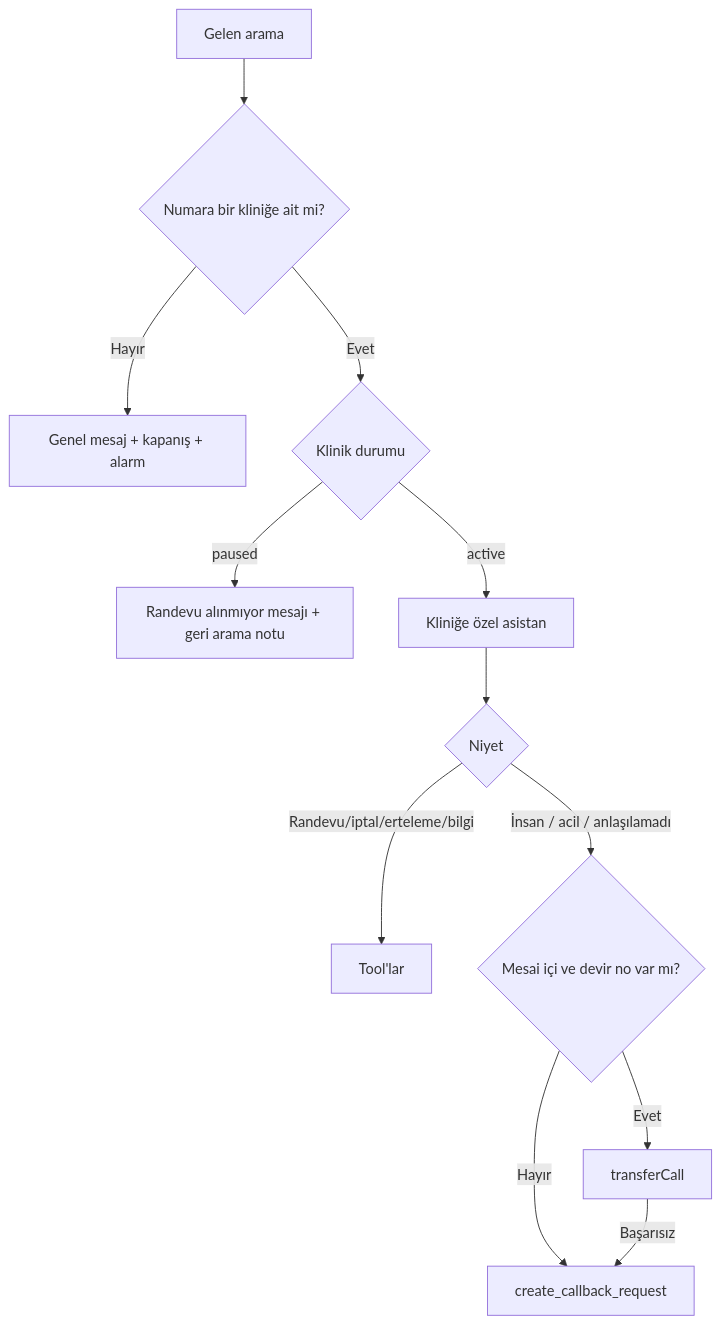
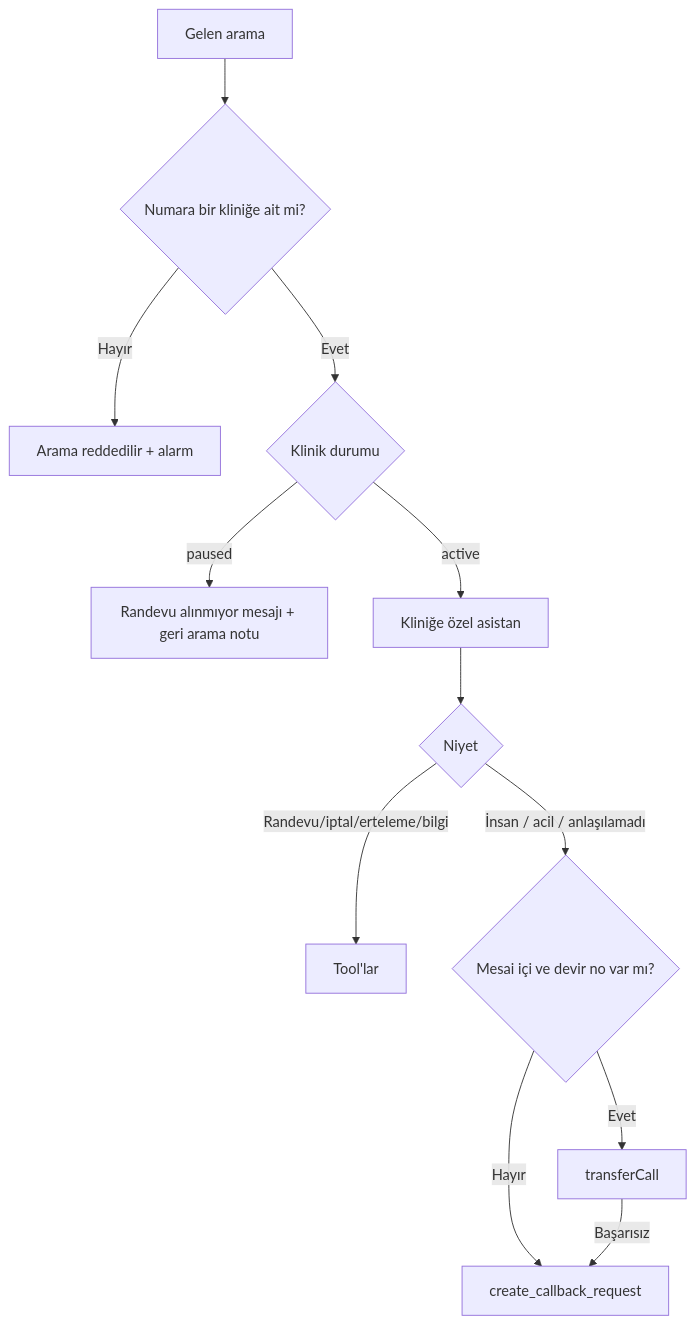
Before and after one commit to Recallapp1/recall: the diagram in docs/03-telephony/CALL-ROUTING.md, drawn with Mermaid. The commit also changed 10 other files, not shown here.

````diff
--- a/docs/03-telephony/CALL-ROUTING.md
+++ b/docs/03-telephony/CALL-ROUTING.md
@@ -15,14 +15,14 @@
 ```mermaid
 flowchart TD
     IN[Gelen arama] --> FIND{Numara bir kliniğe ait mi?}
-    FIND -- Hayır --> ERR[Genel mesaj + kapanış + alarm]
+    FIND -- Hayır --> ERR[Arama reddedilir + alarm]
     FIND -- Evet --> ST{Klinik durumu}
     ST -- paused --> MSG[Randevu alınmıyor mesajı + geri arama notu]
     ST -- active --> AST[Kliniğe özel asistan]
     AST --> INTENT{Niyet}
     INTENT -- Randevu/iptal/erteleme/bilgi --> TOOLS[Tool'lar]
     INTENT -- İnsan / acil / anlaşılamadı --> ESC{Mesai içi ve devir no var mı?}
     ESC -- Evet --> TR[transferCall]
     ESC -- Hayır --> CB[create_callback_request]
     TR -- Başarısız --> CB
 ```
````
